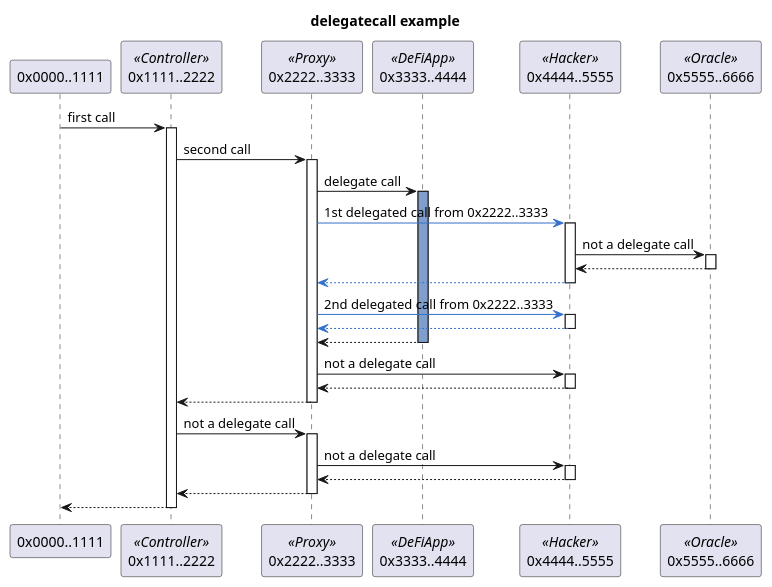
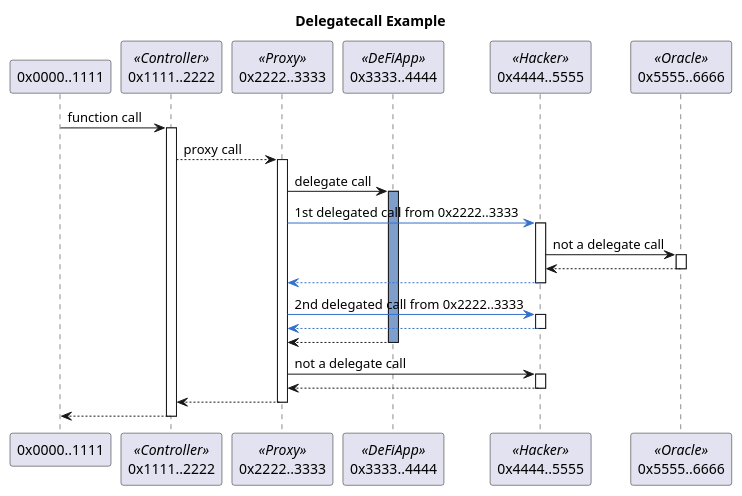
Before and after one commit to naddison36/tx2uml: the diagram in examples/delegate.puml, drawn with PlantUML. The commit also changed 86 other files, not shown here.

Commit message:
Refactor to replace Alethio with archive node with trace_replayTransaction support Formatting of function parameters including ABI v2 support Proxy messages Simplified value transfers and self-destruct Added transaction details

```diff
--- a/examples/delegate.puml
+++ b/examples/delegate.puml
@@ -2,39 +2,33 @@
 @startumls
 
-title delegatecall example
+title Delegatecall Example
 participant "0x0000..1111" as 00001111 
 participant "0x1111..2222" as 11112222 <<Controller>>
 participant "0x2222..3333" as 22223333 <<Proxy>>
 participant "0x3333..4444" as 33334444 <<DeFiApp>>
 participant "0x4444..5555" as 44445555 <<Hacker>>
 participant "0x5555..6666" as 55556666 <<Oracle>>
 
-00001111 -> 11112222: first call
+00001111 -> 11112222: function call
 activate 11112222
-11112222 -> 22223333: second call
+11112222 --> 22223333: proxy call
 activate 22223333
 22223333 -> 33334444: delegate call
 activate 33334444 #809ECB
 22223333 -[#3471CD]> 44445555: 1st delegated call from 0x2222..3333
 activate 44445555
 44445555 -> 55556666: not a delegate call
 activate 55556666
 return
 return
 22223333 -[#3471CD]> 44445555: 2nd delegated call from 0x2222..3333
 activate 44445555
 return
 return
 22223333 -> 44445555: not a delegate call
 activate 44445555
 return
 return
-11112222 -> 22223333: not a delegate call
-activate 22223333
-22223333 -> 44445555: not a delegate call
-activate 44445555
-return
-return
 return
 
 @endumls
```
